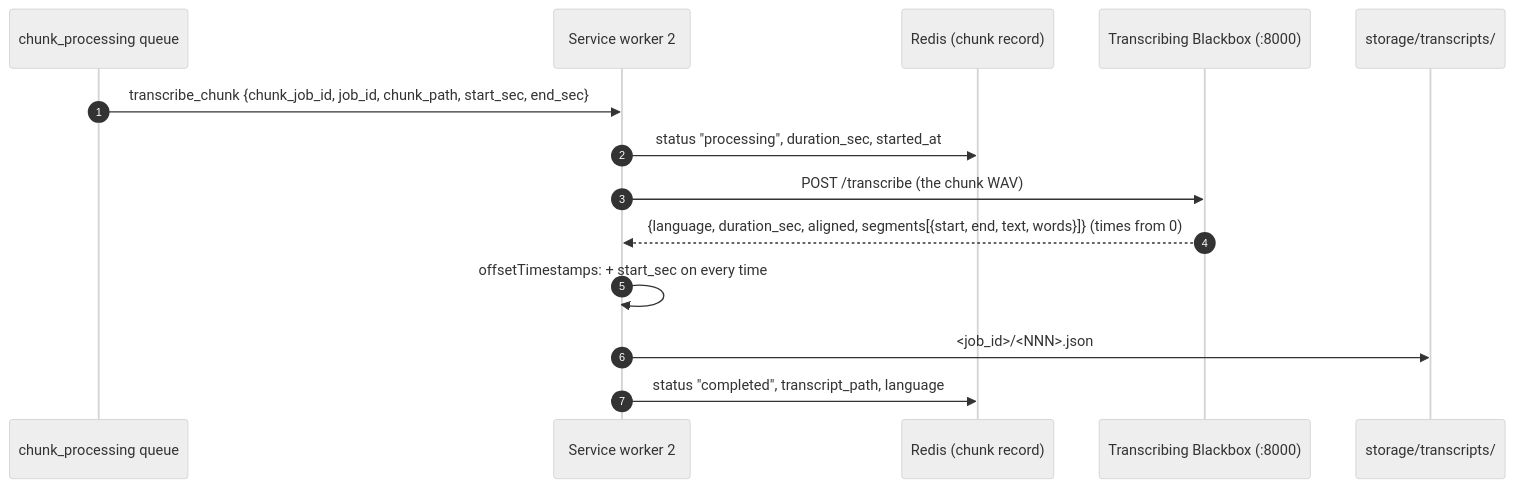
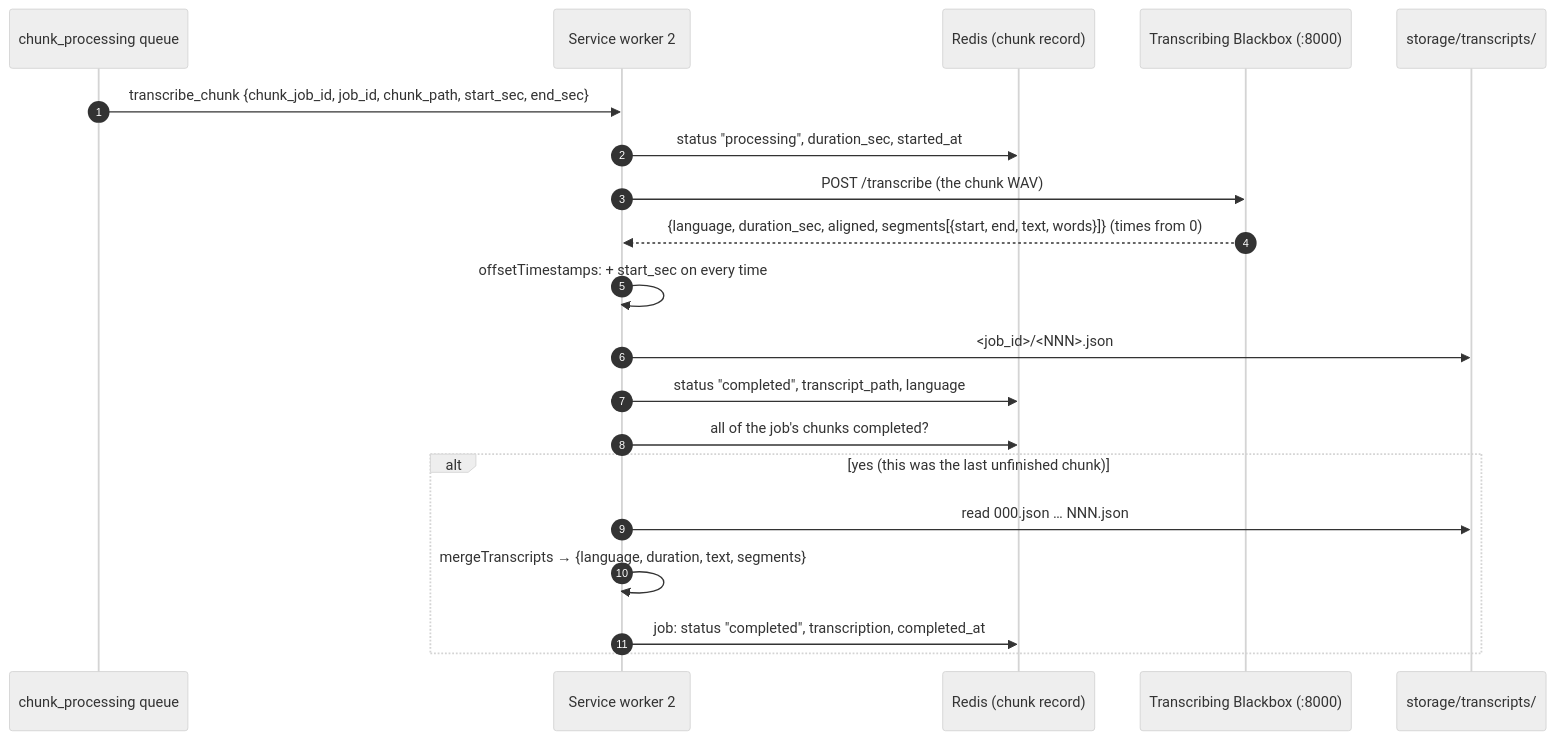
Before and after one commit to yahyalfc/audio-transcriptor: the fifth of 9 diagrams in README.md, drawn with Mermaid (neutral theme). The commit also changed other lines of this file and 4 other files, not shown here.

````diff
--- a/README.md
+++ b/README.md
@@ -206,17 +206,23 @@
 ```mermaid
 sequenceDiagram
     autonumber
     participant Q as chunk_processing queue
     participant W2 as Service worker 2
     participant R as Redis (chunk record)
     participant B as Transcribing Blackbox (:8000)
     participant D as storage/transcripts/
 
     Q->>W2: transcribe_chunk {chunk_job_id, job_id, chunk_path, start_sec, end_sec}
     W2->>R: status "processing", duration_sec, started_at
     W2->>B: POST /transcribe (the chunk WAV)
     B-->>W2: {language, duration_sec, aligned, segments[{start, end, text, words}]} (times from 0)
     W2->>W2: offsetTimestamps: + start_sec on every time
     W2->>D: <job_id>/<NNN>.json
     W2->>R: status "completed", transcript_path, language
+    W2->>R: all of the job's chunks completed?
+    alt yes (this was the last unfinished chunk)
+        W2->>D: read 000.json … NNN.json
+        W2->>W2: mergeTranscripts → {language, duration, text, segments}
+        W2->>R: job: status "completed", transcription, completed_at
+    end
 ```
````
